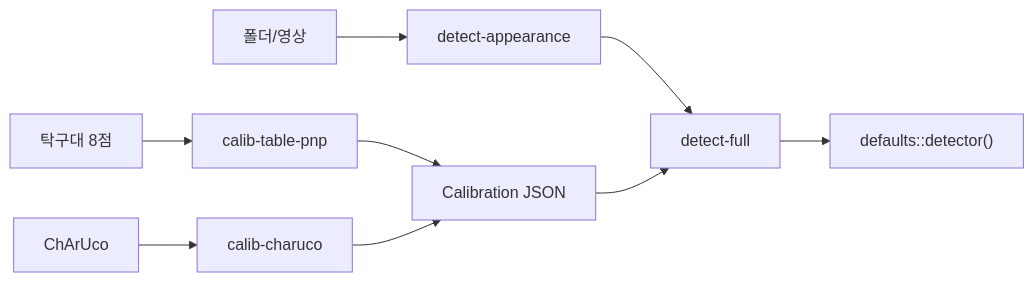
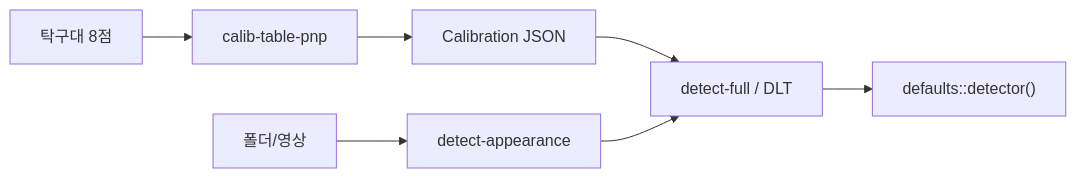
The fourth of 4 diagrams in README.md (luv-all/pingpong-bot), drawn with Mermaid before and after one commit. The commit also changed other lines of this file and 6 other files, not shown here.

````diff
--- a/README.md
+++ b/README.md
@@ -277,9 +277,8 @@
 ```mermaid
 flowchart LR
   table["탁구대 8점"] --> pnp["calib-table-pnp"] --> json["Calibration JSON"]
-  boards["ChArUco"] --> charuco["calib-charuco"] --> json
+  json --> full["detect-full / DLT"]
   frames["폴더/영상"] --> appearance["detect-appearance"]
-  appearance --> full["detect-full"]
-  json --> full
+  appearance --> full
   full --> defaults["defaults::detector()"]
 ```
````
